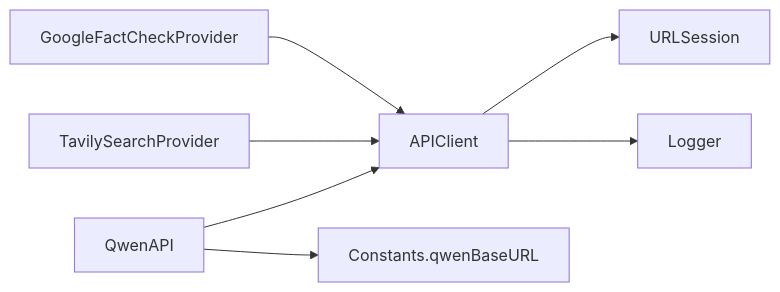
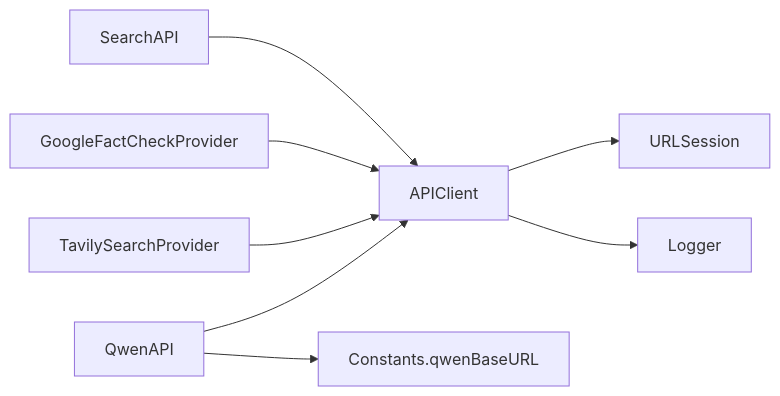
The ninth of 9 diagrams in .qoder/repowiki/en/content/API Reference/API Client Base Class.md (alexandreybasta-cyber/factshield-ios), drawn with Mermaid before and after one commit. The commit also changed other lines of this file and 97 other files, not shown here.

````diff
--- a/.qoder/repowiki/en/content/API Reference/API Client Base Class.md
+++ b/.qoder/repowiki/en/content/API Reference/API Client Base Class.md
@@ -398,9 +447,10 @@
 ```mermaid
 graph LR
 APIClient["APIClient"] --> URLSession["URLSession"]
 APIClient --> Logger["Logger"]
 QwenAPI["QwenAPI"] --> APIClient
 Tavily["TavilySearchProvider"] --> APIClient
 GoogleFC["GoogleFactCheckProvider"] --> APIClient
+SearchAPI["SearchAPI"] --> APIClient
 QwenAPI --> Constants["Constants.qwenBaseURL"]
 ```
````
